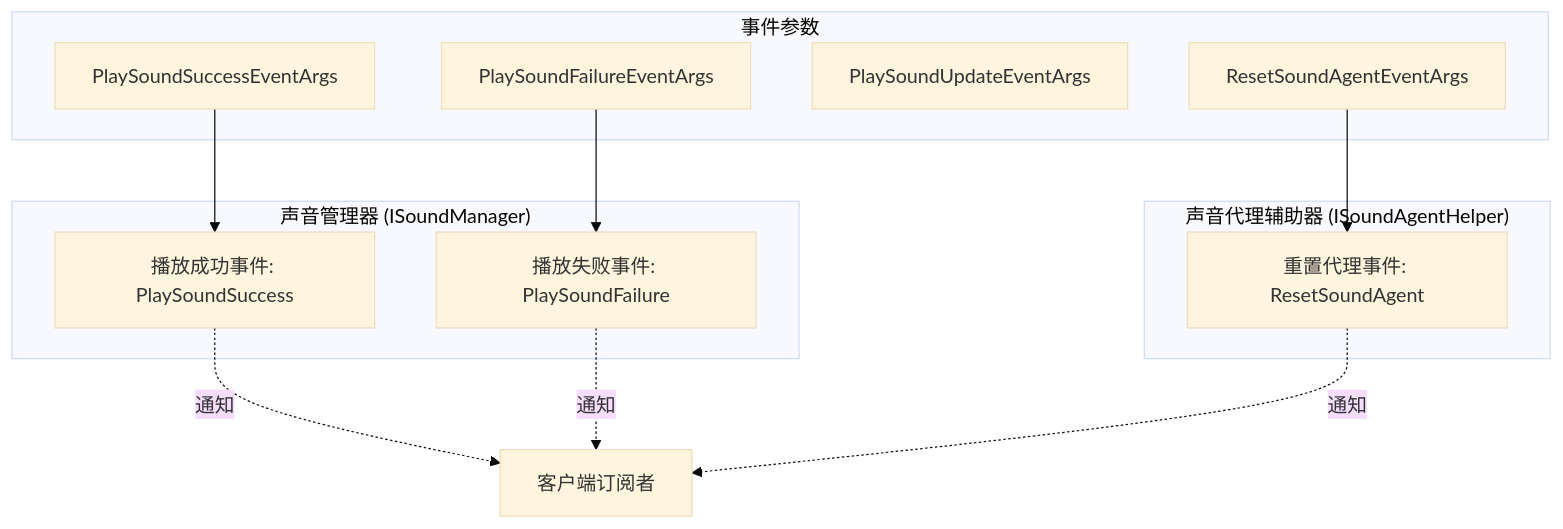
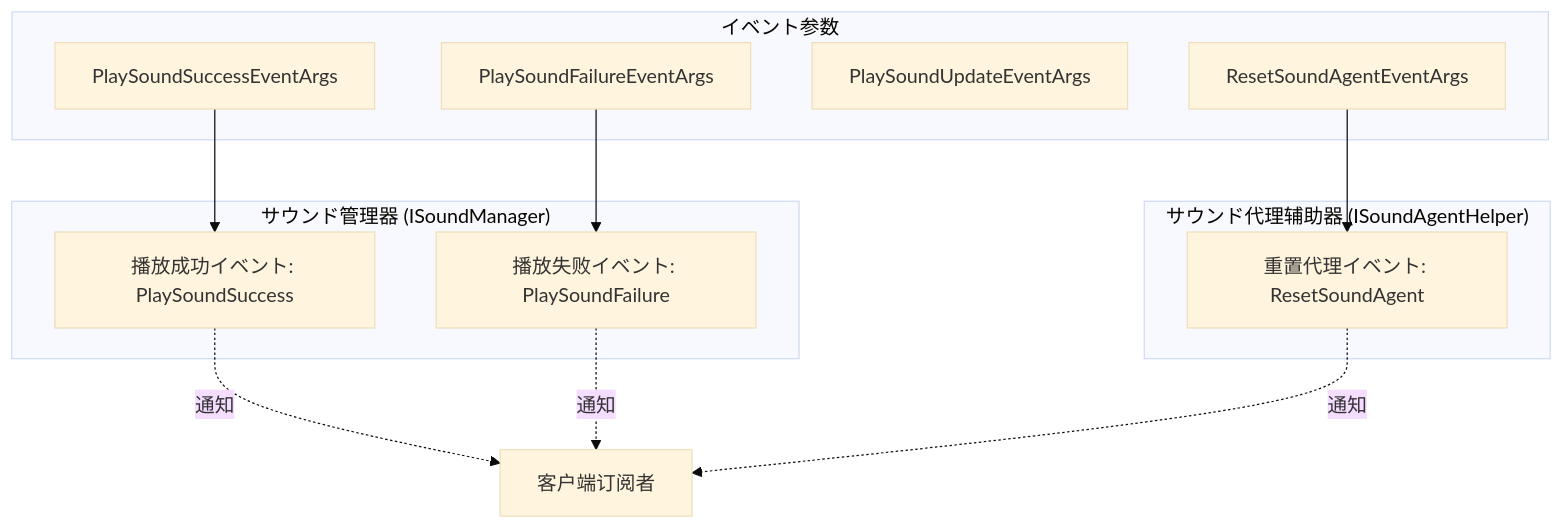
The second of 3 diagrams in docs/ja/client/unity/component/sound/09.event-args.md (AlianBlank/GameFrameX.Docs), drawn with Mermaid (base theme) before and after one commit. The commit also changed other lines of this file and 603 other files, not shown here.

````diff
--- a/docs/ja/client/unity/component/sound/09.event-args.md
+++ b/docs/ja/client/unity/component/sound/09.event-args.md
@@ -70,26 +70,26 @@
 ```mermaid
 flowchart TD
-    subgraph SoundManager["声音管理器 (ISoundManager)"]
-        PlaySuccess["播放成功事件: PlaySoundSuccess"]
-        PlayFailure["播放失败事件: PlaySoundFailure"]
+    subgraph SoundManager["サウンド管理器 (ISoundManager)"]
+        PlaySuccess["播放成功イベント: PlaySoundSuccess"]
+        PlayFailure["播放失败イベント: PlaySoundFailure"]
     end
     
-    subgraph SoundAgentHelper["声音代理辅助器 (ISoundAgentHelper)"]
-        ResetAgent["重置代理事件: ResetSoundAgent"]
+    subgraph SoundAgentHelper["サウンド代理辅助器 (ISoundAgentHelper)"]
+        ResetAgent["重置代理イベント: ResetSoundAgent"]
     end
     
-    subgraph EventArgs["事件参数"]
+    subgraph EventArgs["イベント参数"]
         PSSE["PlaySoundSuccessEventArgs"]
         PSFE["PlaySoundFailureEventArgs"]
         PSUE["PlaySoundUpdateEventArgs"]
         RSE["ResetSoundAgentEventArgs"]
     end
     
     PSSE --> PlaySuccess
     PSFE --> PlayFailure
     RSE --> ResetAgent
     
     PlaySuccess -.->|通知| Client["客户端订阅者"]
     PlayFailure -.->|通知| Client
     ResetAgent -.->|通知| Client
 ```
````
